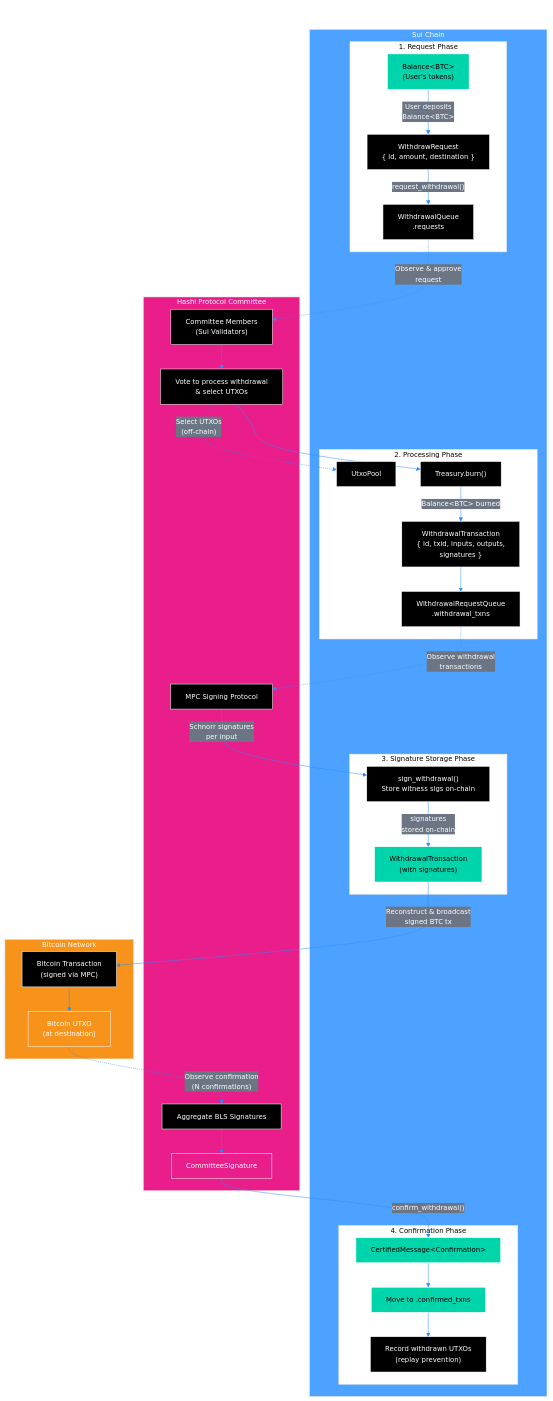
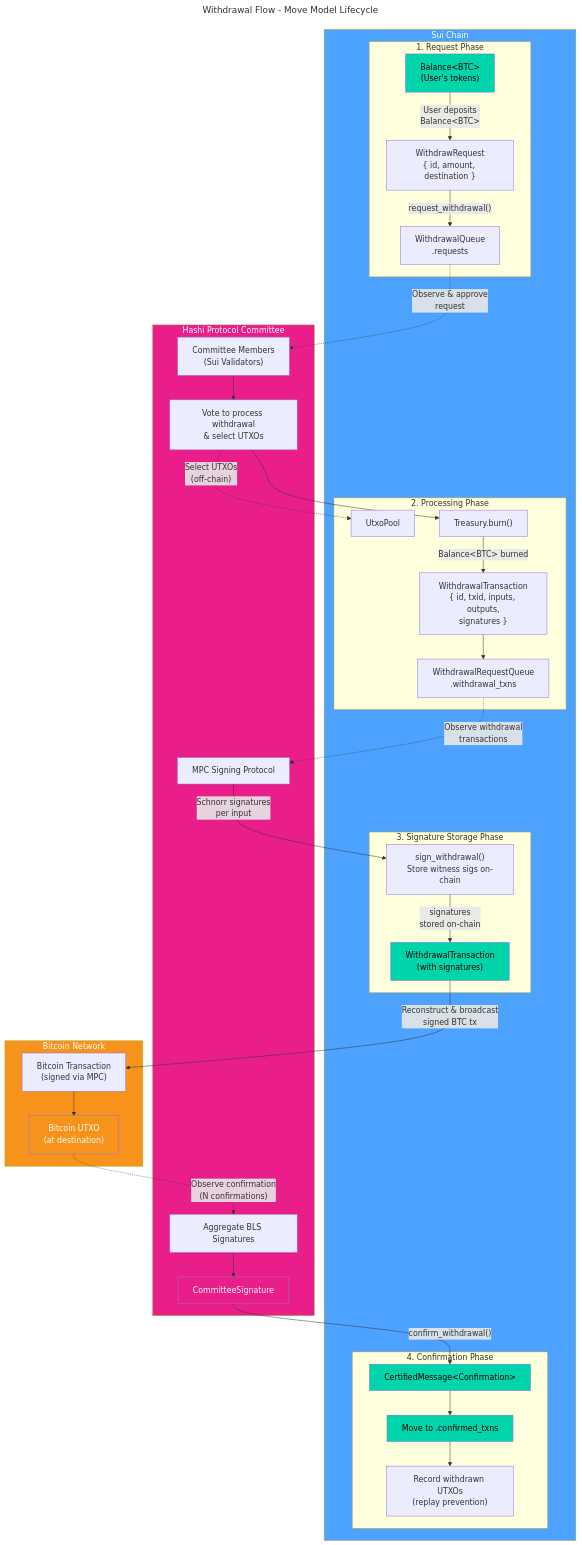
One commit to MystenLabs/hashi changed the second of 2 diagrams in design/docs/move-model-lifecycle.mdx. Above: the diagram before and after it, drawn with Mermaid. The commit also changed other lines of this file and 11 other files, not shown here.

````diff
--- a/design/docs/move-model-lifecycle.mdx
+++ b/design/docs/move-model-lifecycle.mdx
@@ -103,20 +89,6 @@
 ```mermaid
 ---
 title: Withdrawal Flow - Move Model Lifecycle
-config:
-  theme: base
-  themeVariables:
-    primaryColor: '#298DFF'
-    primaryTextColor: '#FFFFFF'
-    primaryBorderColor: '#FFFFFF'
-    secondaryColor: '#6C7584'
-    tertiaryColor: '#FFFFFF'
-    lineColor: '#298DFF'
-    background: '#FFFFFF'
-    mainBkg: '#000000'
-    secondBkg: '#6C7584'
-    fontSize: '14px'
-    fontFamily: 'Inter, sans-serif'
 ---
 flowchart TD
     subgraph Sui["Sui Chain"]
````
